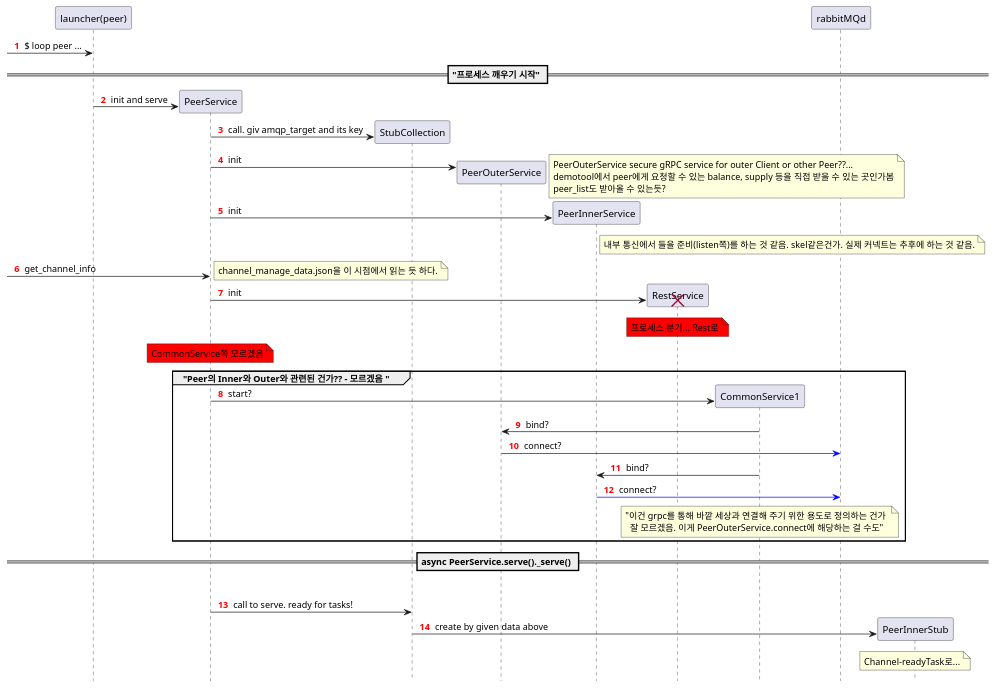
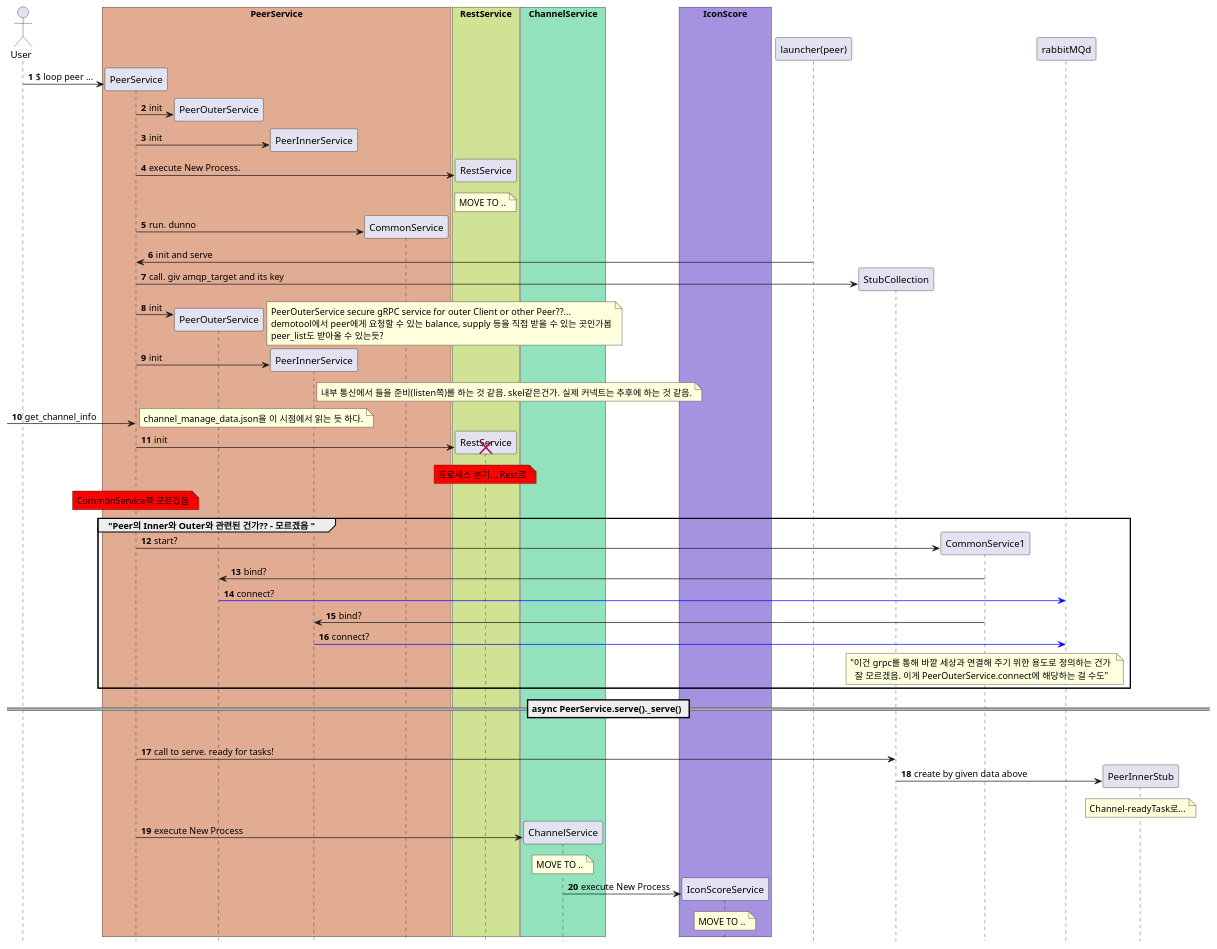
Before and after one commit to metalg0su/studies: the diagram in diagram-sequence/processes/peer/peer-detail.puml, drawn with PlantUML.

Commit message:
peer - abandon detail

```diff
--- a/diagram-sequence/processes/peer/peer-detail.puml
+++ b/diagram-sequence/processes/peer/peer-detail.puml
@@ -1,54 +1,106 @@
 @startuml
 hide footbox
-autonumber "<font color=red><b> 0 "
+autonumber 
 
+actor User
 
-create "launcher(peer)"
--> "launcher(peer)": $ loop peer ...
-== "프로세스 깨우기 시작" == 
+box "PeerService" #e2ac93
+    participant PeerService
+    participant PeerOuterService
+    participant PeerInnerService
+    participant CommonService
+end box
+
+box "RestService" #d0e293
+    participant RestService 
+end box
+
+box "ChannelService" #93e2be
+    participant ChannelService 
+end box
+
+box "IconScore" #a593e2
+    participant IconScoreService
+end box
+
 create PeerService
+User -> PeerService: $ loop peer ...
+
+' PeerOuterService: connection with other peers.. by gRPC.
+create PeerOuterService
+PeerService -> PeerOuterService: init
+' PeerInnerService: connection with whom?.. by rabbitMQ 
+create PeerInnerService
+PeerService -> PeerInnerService: init
+' Rest. Listens to world requests.
+create RestService 
+PeerService -> RestService: execute New Process.
+note over RestService: MOVE TO .. 
+' CommonService: relayer between Peer and RS?..
+create CommonService
+PeerService -> CommonService: run. dunno
+' 
+' some bindings here by making stubs:
+'   - PeerInnerStub: 
+'   - ChannelInnerStub
+'   - ChannelTxReceiverInnerStub
+'   - IconScoreInnerStub
+' then, Connect itself to rabbitMQ, waiting to actions of others..?
+'
+' ----------------------------------------------------------------
+
 
 "launcher(peer)" -> PeerService: init and serve
 create StubCollection
 PeerService -> StubCollection: call. giv amqp_target and its key
 
 create PeerOuterService
 PeerService -> PeerOuterService: init
 note right
     PeerOuterService secure gRPC service for outer Client or other Peer??...
     demotool에서 peer에게 요청할 수 있는 balance, supply 등을 직접 받을 수 있는 곳인가봄
     peer_list도 받아올 수 있는듯?
 end note
 create PeerInnerService
 PeerService -> PeerInnerService: init
 note right PeerInnerService: 내부 통신에서 들을 준비(listen쪽)를 하는 것 같음. skel같은건가. 실제 커넥트는 추후에 하는 것 같음.
 -> PeerService: get_channel_info
 note left
     channel_manage_data.json을 이 시점에서 읽는 듯 하다.
 end note
 
 ' Rest 실행
 create RestService
 PeerService -> RestService: init
 note over RestService #red: 프로세스 분기... Rest로
 destroy RestService
 
 note over PeerService #red: CommonService쪽 모르겠음
 group "Peer의 Inner와 Outer와 관련된 건가?? - 모르겠음 "
     create CommonService1
     PeerService -> CommonService1: start?
     CommonService1 -> PeerOuterService: bind?
     PeerOuterService -[#blue]> rabbitMQd: connect?
     CommonService1 -> PeerInnerService: bind?
     PeerInnerService -[#blue]> rabbitMQd: connect?
     note over CommonService1: "이건 grpc를 통해 바깥 세상과 연결해 주기 위한 용도로 정의하는 건가 \n  잘 모르겠음. 이게 PeerOuterService.connect에 해당하는 걸 수도"
 end
 
 == async PeerService.serve()._serve() ==
 group PeerService.ready_tasks
     PeerService -> StubCollection: call to serve. ready for tasks!
     create PeerInnerStub
     StubCollection -> PeerInnerStub : create by given data above
     note over PeerInnerStub: Channel-readyTask로...
 
+' --------------------
+
+create ChannelService
+PeerService -> ChannelService: execute New Process
+note over ChannelService: MOVE TO ..
+create IconScoreService 
+ChannelService -> IconScoreService: execute New Process
+note over IconScoreService: MOVE TO ..
+
+
 @enduml
```
